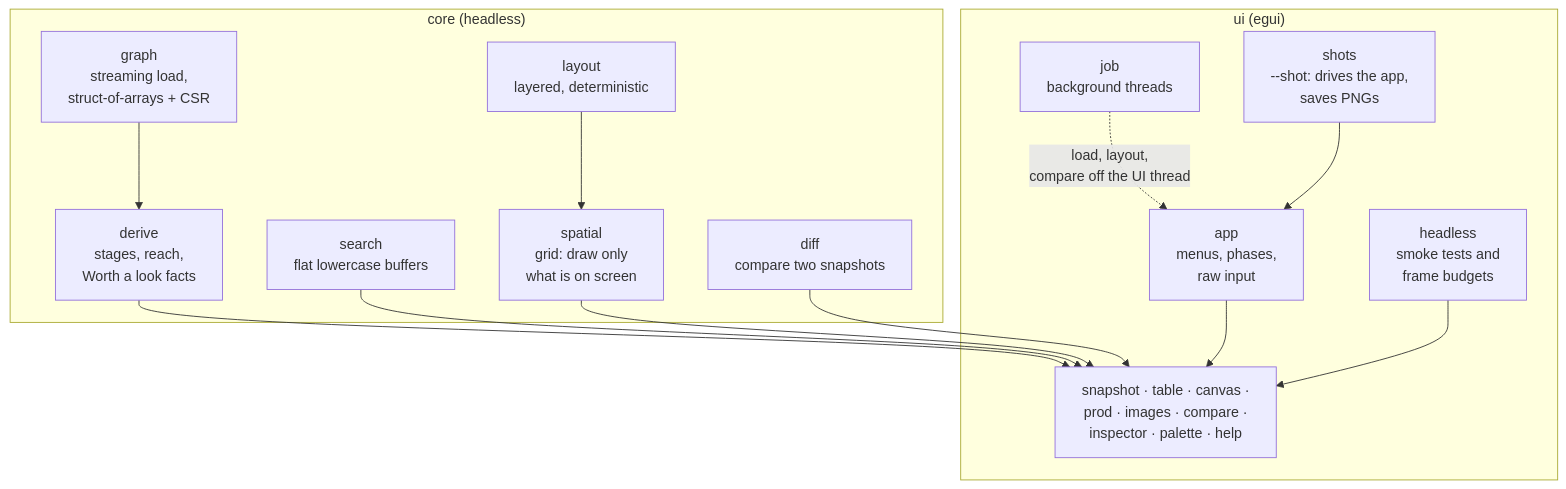
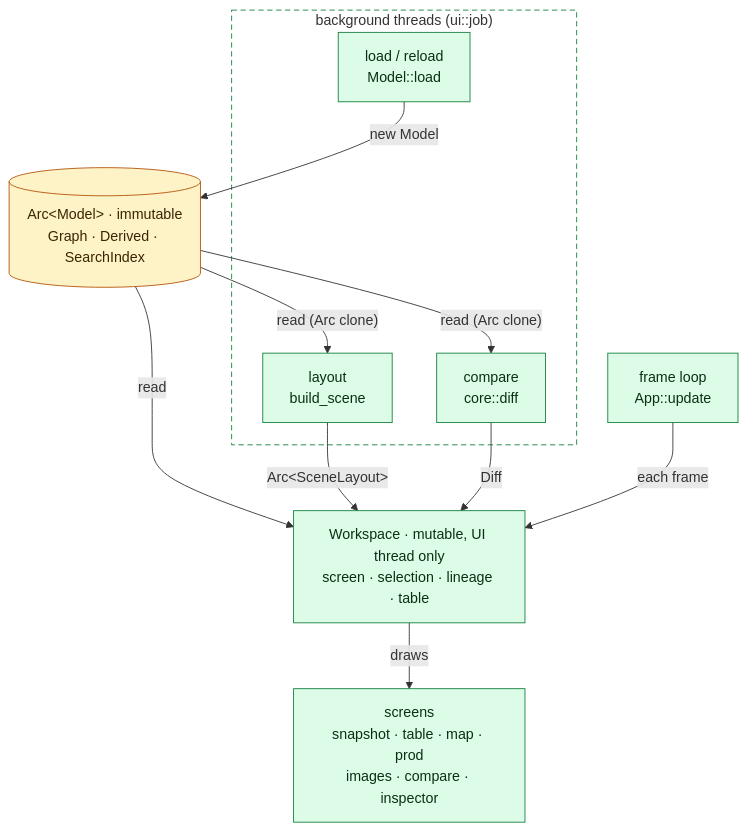
The seventh of 10 diagrams in docs/architecture.md (Avicted/tools.pipeline-graph), drawn with Mermaid before and after one commit. The commit also changed other lines of this file, not shown here.

Commit message:
docs(architecture): redraw with trust boundaries, domain model, runtime and CI/CD

````diff
--- a/docs/architecture.md
+++ b/docs/architecture.md
@@ -129,26 +267,26 @@
 ```mermaid
 flowchart TB
-    subgraph core["core (headless)"]
-        cgraph["graph<br/>streaming load,<br/>struct-of-arrays + CSR"]
-        derive["derive<br/>stages, reach,<br/>Worth a look facts"]
-        search["search<br/>flat lowercase buffers"]
-        layout["layout<br/>layered, deterministic"]
-        spatial["spatial<br/>grid: draw only<br/>what is on screen"]
-        diff["diff<br/>compare two snapshots"]
+    subgraph bg["background threads (ui::job)"]
+        jl["load / reload<br/>Model::load"]
+        jy["layout<br/>build_scene"]
+        jc["compare<br/>core::diff"]
     end
-    subgraph ui["ui (egui)"]
-        app["app<br/>menus, phases,<br/>raw input"]
-        screens["snapshot · table · canvas ·<br/>prod · images · compare ·<br/>inspector · palette · help"]
-        job["job<br/>background threads"]
-        shots["shots<br/>--shot: drives the app,<br/>saves PNGs"]
-        headless["headless<br/>smoke tests and<br/>frame budgets"]
-    end
-    cgraph --> derive --> screens
-    search --> screens
-    layout --> spatial --> screens
-    diff --> screens
-    app --> screens
-    job -. "load, layout,<br/>compare off the UI thread" .-> app
-    shots --> app
-    headless --> screens
+    model[("Arc&lt;Model&gt; · immutable<br/>Graph · Derived · SearchIndex")]
+    ws["Workspace · mutable, UI thread only<br/>screen · selection · lineage · table"]
+    frame["frame loop<br/>App::update"]
+    screens["screens<br/>snapshot · table · map · prod<br/>images · compare · inspector"]
+
+    jl -- "new Model" --> model
+    model -- "read (Arc clone)" --> jy
+    model -- "read (Arc clone)" --> jc
+    model -- "read" --> ws
+    jy -- "Arc&lt;SceneLayout&gt;" --> ws
+    jc -- "Diff" --> ws
+    frame -- "each frame" --> ws -- "draws" --> screens
+
+    classDef rust fill:#dcfce7,stroke:#15803d,color:#0a2e16
+    classDef data fill:#fef3c7,stroke:#b45309,color:#3a2402
+    class jl,jy,jc,ws,frame,screens rust
+    class model data
+    style bg fill:none,stroke:#15803d,stroke-dasharray:6 4
 ```
````
